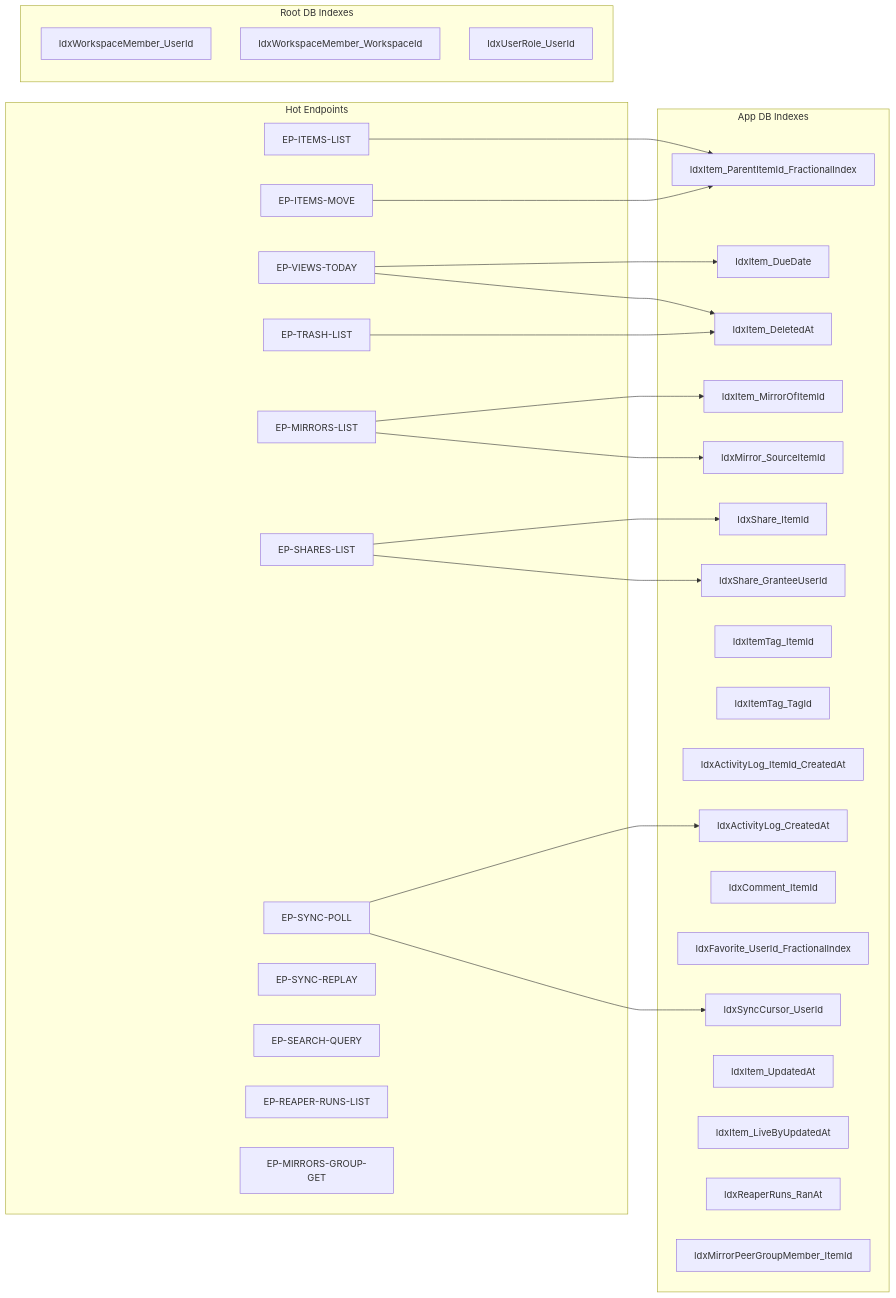
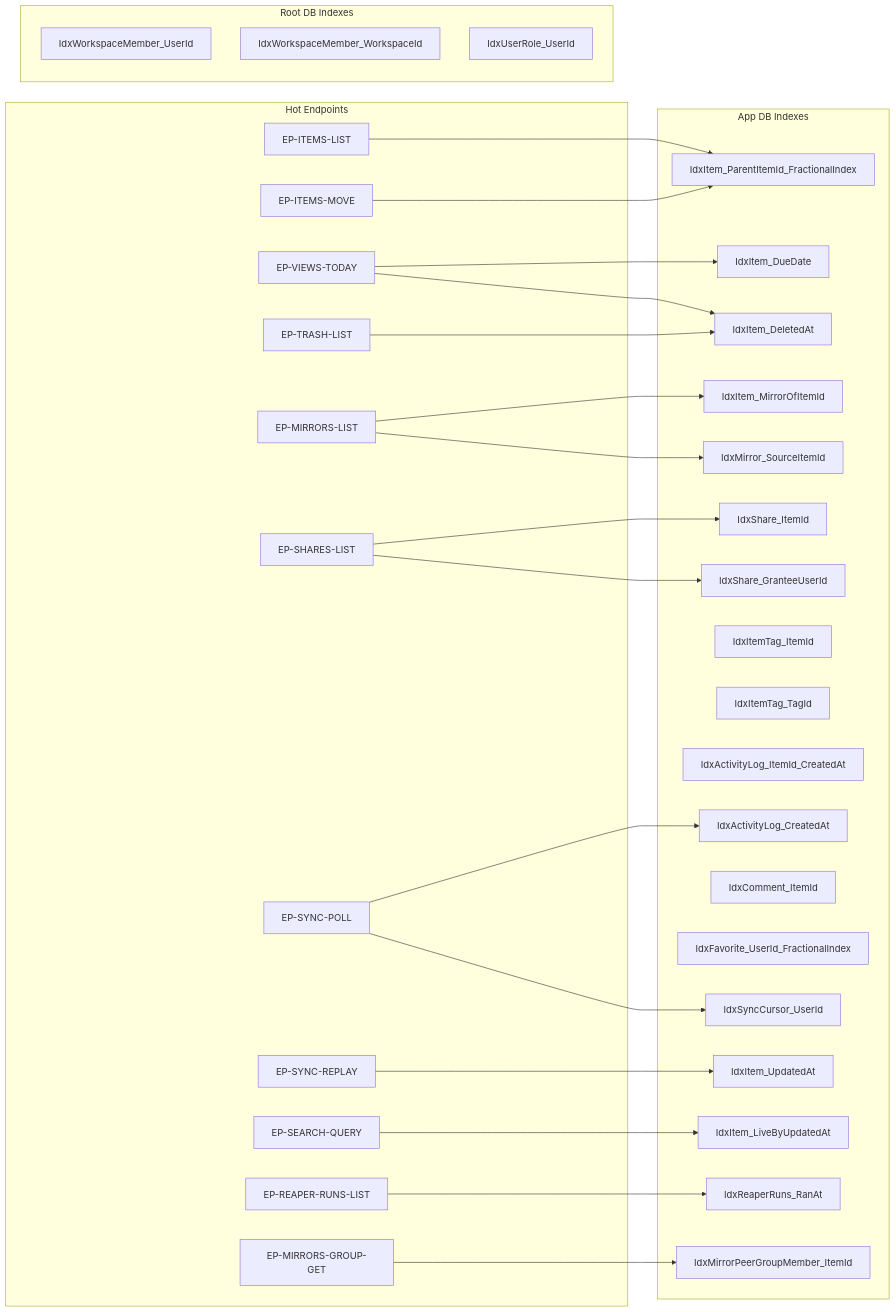
Before and after one commit to alimtvnetwork/workflowy-v3: the diagram in spec/31-app/07-db-diagram/06-indexes.md, drawn with Mermaid. The commit also changed 2 other files, not shown here.

````diff
--- a/spec/31-app/07-db-diagram/06-indexes.md
+++ b/spec/31-app/07-db-diagram/06-indexes.md
@@ -19,55 +19,59 @@
 ```mermaid
 flowchart LR
     subgraph "Hot Endpoints"
         E1[EP-ITEMS-LIST]
         E2[EP-ITEMS-MOVE]
         E3[EP-VIEWS-TODAY]
         E4[EP-TRASH-LIST]
         E5[EP-MIRRORS-LIST]
         E6[EP-SHARES-LIST]
         E7[EP-SYNC-POLL]
         E8[EP-SYNC-REPLAY]
         E9[EP-SEARCH-QUERY]
         E10[EP-REAPER-RUNS-LIST]
         E11[EP-MIRRORS-GROUP-GET]
     end
 
     subgraph "App DB Indexes"
         I1[IdxItem_ParentItemId_FractionalIndex]
         I2[IdxItem_DueDate]
         I3[IdxItem_DeletedAt]
         I4[IdxItem_MirrorOfItemId]
         I5[IdxMirror_SourceItemId]
         I6[IdxShare_ItemId]
         I7[IdxShare_GranteeUserId]
         I8[IdxItemTag_ItemId]
         I9[IdxItemTag_TagId]
         I10[IdxActivityLog_ItemId_CreatedAt]
         I11[IdxActivityLog_CreatedAt]
         I12[IdxComment_ItemId]
         I13[IdxFavorite_UserId_FractionalIndex]
         I14[IdxSyncCursor_UserId]
         I15[IdxItem_UpdatedAt]
         I16[IdxItem_LiveByUpdatedAt]
         I17[IdxReaperRuns_RanAt]
         I18[IdxMirrorPeerGroupMember_ItemId]
     end
 
     subgraph "Root DB Indexes"
         R1[IdxWorkspaceMember_UserId]
         R2[IdxWorkspaceMember_WorkspaceId]
         R3[IdxUserRole_UserId]
     end
 
     E1 --> I1
     E2 --> I1
     E3 --> I2
     E3 --> I3
     E4 --> I3
     E5 --> I5
     E5 --> I4
     E6 --> I6
     E6 --> I7
     E7 --> I11
     E7 --> I14
+    E8 --> I15
+    E9 --> I16
+    E10 --> I17
+    E11 --> I18
 ```
````
